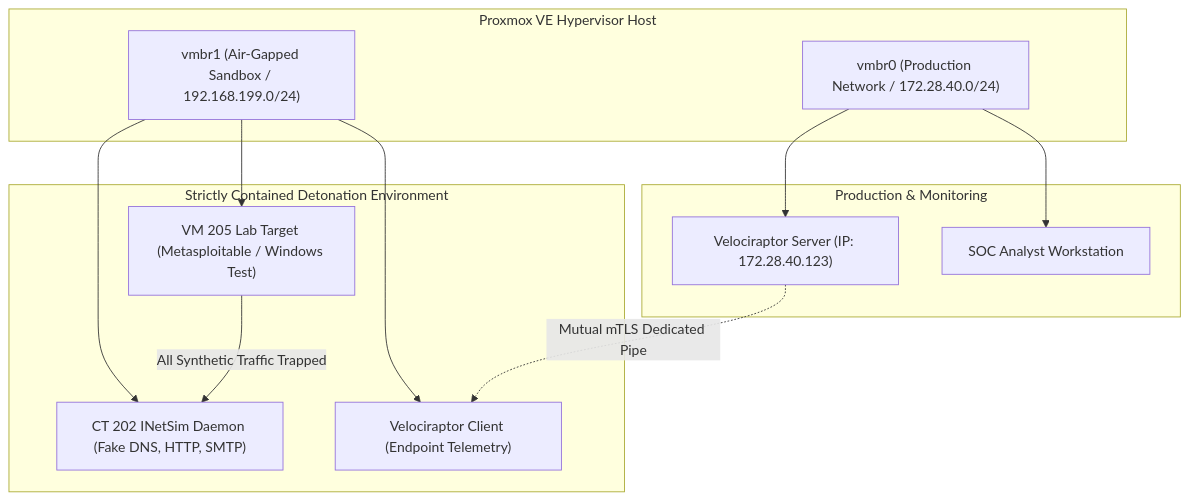
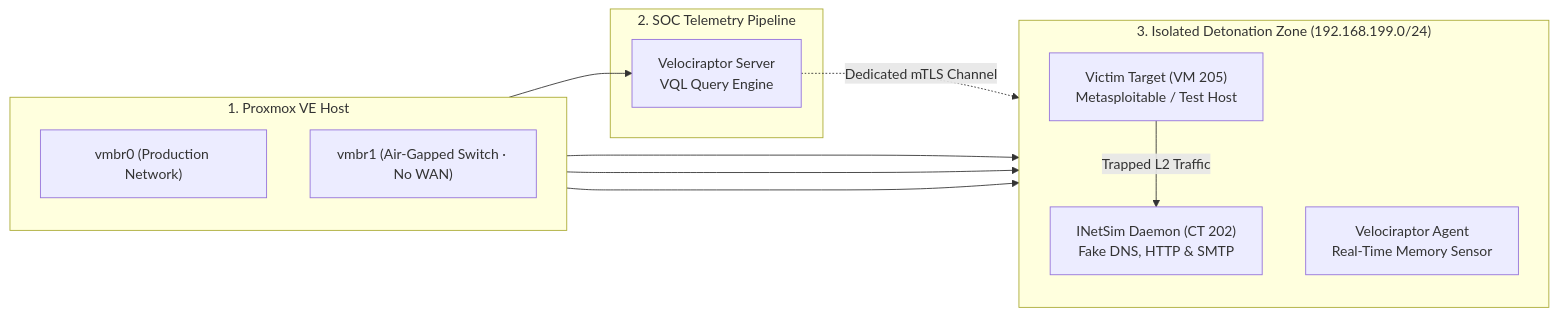
One commit to Lessa-github/cyber-dfir-training-lab changed the diagram in README.md. Above: the diagram before and after it, drawn with Mermaid. The commit also changed 2 other files, not shown here.

Commit message:
style(diagrams): optimize air-gapped sandbox layout to compact graph LR and enhance contrast

````diff
--- a/README.md
+++ b/README.md
@@ -38,21 +38,27 @@
 ```mermaid
-flowchart TD
-    subgraph HYPERVISOR ["Proxmox VE Hypervisor Host"]
-        Bridge0["vmbr0 (Production Network / 172.28.40.0/24)"]
-        Bridge1["vmbr1 (Air-Gapped Sandbox / 192.168.199.0/24)"]
+graph LR
+    subgraph HYPERVISOR ["1. Proxmox VE Host"]
+        direction TB
+        VMBR0["vmbr0 (Production Network)"]
+        VMBR1["vmbr1 (Air-Gapped Switch · No WAN)"]
     end
 
-    subgraph PROD_NET ["Production & Monitoring"]
-        Bridge0 --> VelServer["Velociraptor Server (IP: 172.28.40.123)"]
-        Bridge0 --> Admin["SOC Analyst Workstation"]
+    subgraph PROD ["2. SOC Telemetry Pipeline"]
+        VServer["Velociraptor Server<br>VQL Query Engine"]
     end
 
-    subgraph ISOLATED_SANDBOX ["Strictly Contained Detonation Environment"]
-        Bridge1 --> Victim1["VM 205 Lab Target (Metasploitable / Windows Test)"]
-        Bridge1 --> INetSim["CT 202 INetSim Daemon (Fake DNS, HTTP, SMTP)"]
-        Bridge1 --> VeloAgent["Velociraptor Client (Endpoint Telemetry)"]
+    subgraph SANDBOX ["3. Isolated Detonation Zone (192.168.199.0/24)"]
+        direction TB
+        Victim["Victim Target (VM 205)<br>Metasploitable / Test Host"]
+        INetSim["INetSim Daemon (CT 202)<br>Fake DNS, HTTP & SMTP"]
+        VAgent["Velociraptor Agent<br>Real-Time Memory Sensor"]
     end
 
-    VelServer -.->|Mutual mTLS Dedicated Pipe| VeloAgent
-    Victim1 -->|All Synthetic Traffic Trapped| INetSim
+    VMBR0 --> VServer
+    VMBR1 --> Victim
+    VMBR1 --> INetSim
+    VMBR1 --> VAgent
+
+    Victim -->|"Trapped L2 Traffic"| INetSim
+    VServer -.->|"Dedicated mTLS Channel"| VAgent
 ```
````
